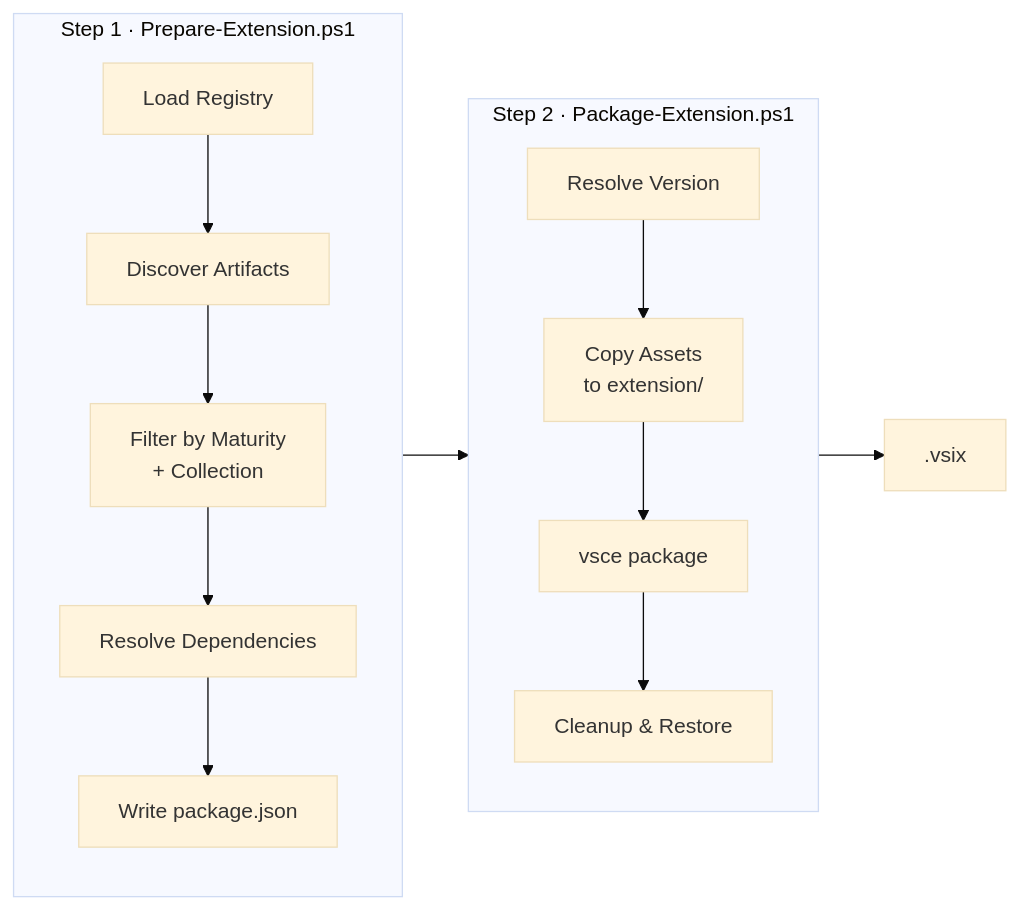
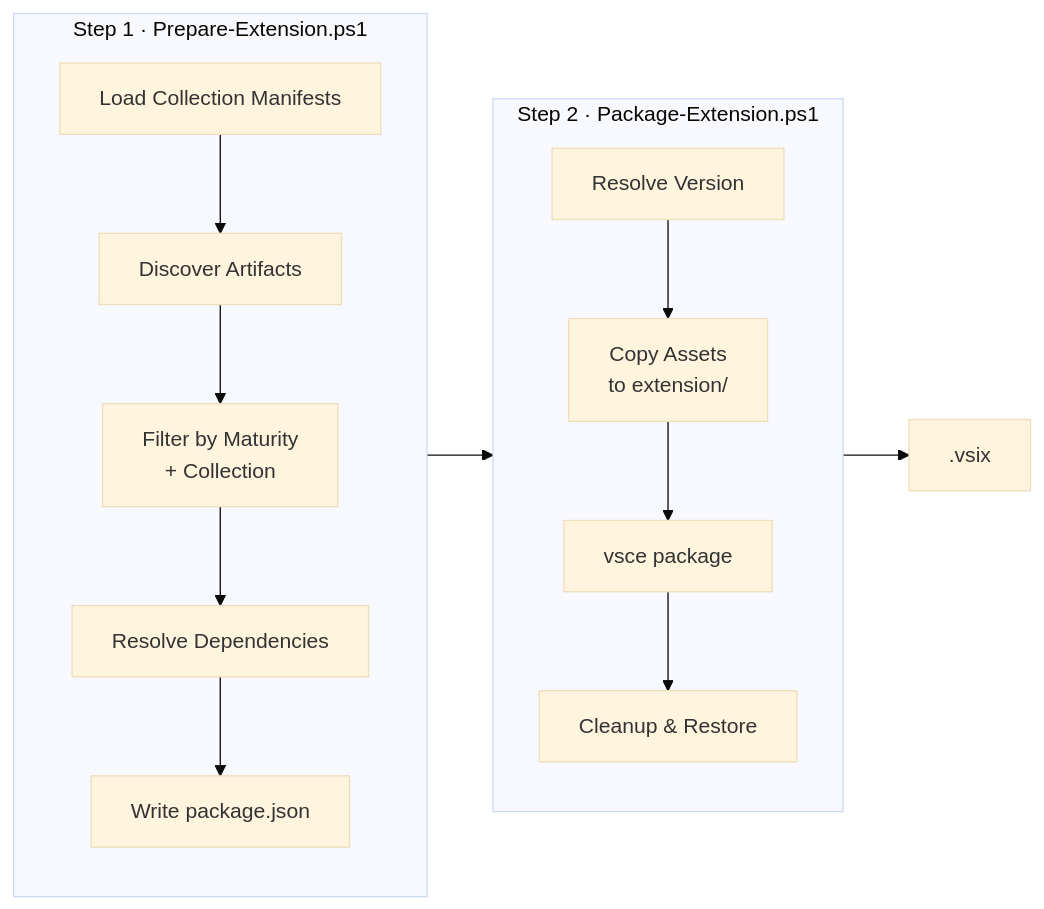
The first of 4 diagrams in extension/PACKAGING.md (microsoft/hve-core), drawn with Mermaid (base theme) before and after one commit. The commit also changed other lines of this file and 3 other files, not shown here.

````diff
--- a/extension/PACKAGING.md
+++ b/extension/PACKAGING.md
@@ -67,17 +67,17 @@
 ```mermaid
 flowchart LR
     subgraph Prepare["Step 1 · Prepare-Extension.ps1"]
-        P1[Load Registry] --> P2[Discover Artifacts]
+        P1[Load Collection Manifests] --> P2[Discover Artifacts]
         P2 --> P3["Filter by Maturity<br/>+ Collection"]
         P3 --> P4[Resolve Dependencies]
         P4 --> P5[Write package.json]
     end
 
     subgraph Package["Step 2 · Package-Extension.ps1"]
         K1[Resolve Version] --> K2["Copy Assets<br/>to extension/"]
         K2 --> K3[vsce package]
         K3 --> K4[Cleanup & Restore]
     end
 
     Prepare --> Package --> VSIX[".vsix"]
 ```
````
